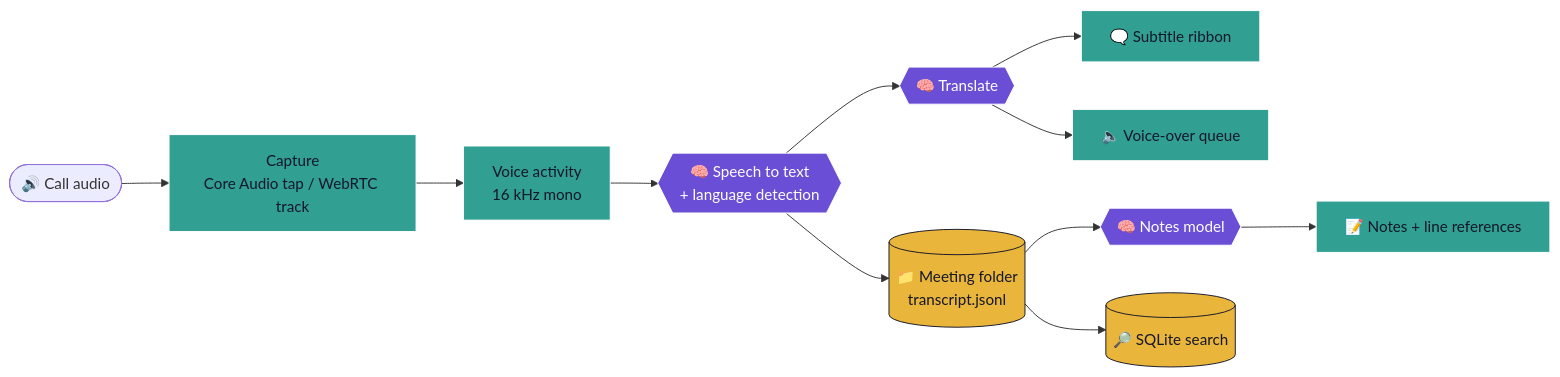
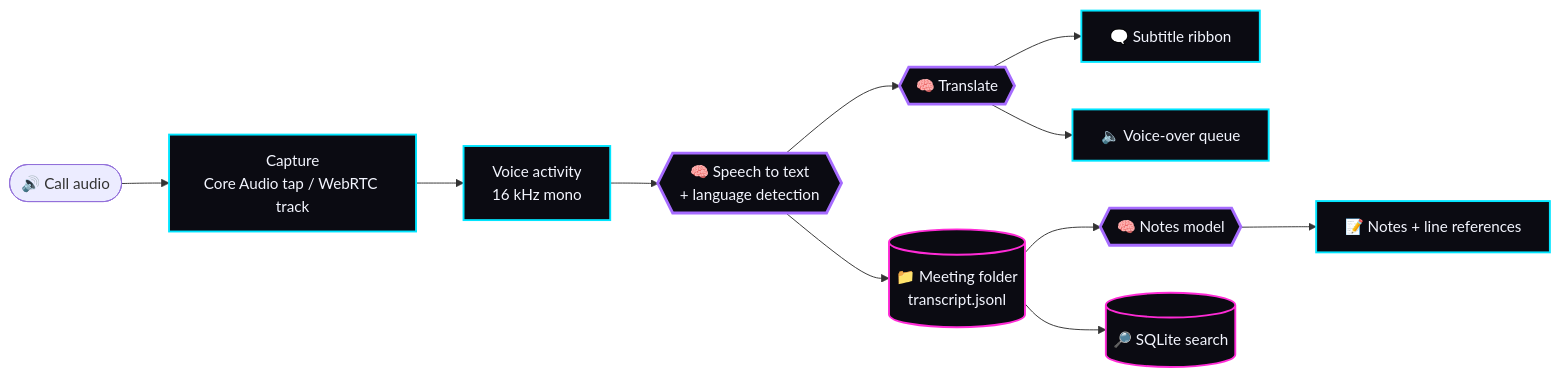
Before and after one commit to Ayush277/chitter: the first of 5 diagrams in docs/ARCHITECTURE.md, drawn with Mermaid. The commit also changed other lines of this file and 73 other files, not shown here.

````diff
--- a/docs/ARCHITECTURE.md
+++ b/docs/ARCHITECTURE.md
@@ -18,19 +18,19 @@
 ```mermaid
 flowchart LR
     A([🔊 Call audio]) --> B[Capture<br/>Core Audio tap / WebRTC track]
     B --> C[Voice activity<br/>16 kHz mono]
     C --> D{{🧠 Speech to text<br/>+ language detection}}
     D --> E{{🧠 Translate}}
     E --> F[🗨️ Subtitle ribbon]
     E --> G[🔈 Voice-over queue]
     D --> H[(📁 Meeting folder<br/>transcript.jsonl)]
     H --> I{{🧠 Notes model}}
     I --> J[📝 Notes + line references]
     H --> K[(🔎 SQLite search)]
-    classDef ai fill:#6A4FD6,stroke:#fff,color:#fff;
-    classDef io fill:#31A092,stroke:#fff,color:#14162B;
-    classDef store fill:#E9B53A,stroke:#14162B,color:#14162B;
+    classDef ai fill:#0B0B12,stroke:#A66BFF,stroke-width:3px,color:#F4F6FF;
+    classDef io fill:#0B0B12,stroke:#00E5FF,stroke-width:2px,color:#F4F6FF;
+    classDef store fill:#0B0B12,stroke:#FF2BD6,stroke-width:2px,color:#F4F6FF;
     class D,E,I ai;
     class B,C,F,G,J io;
     class H,K store;
 ```
````
